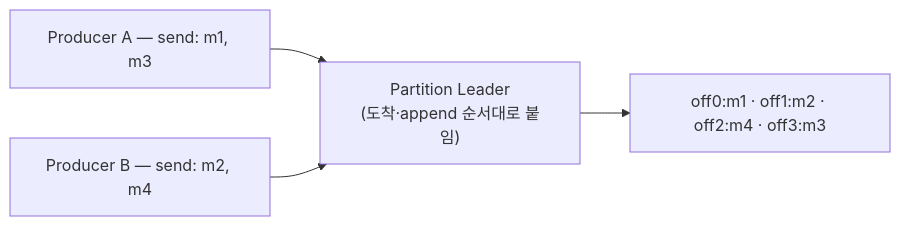
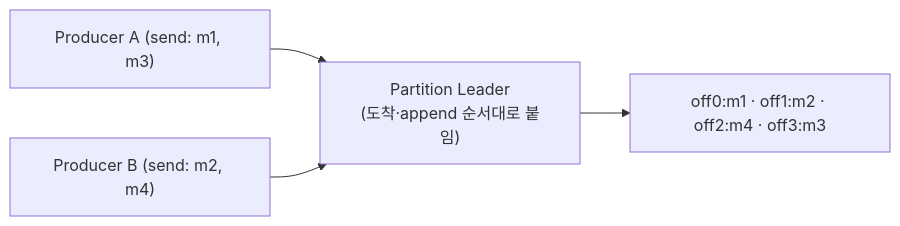
The first of 2 diagrams in docs/book/1-internals/06-ordering-atomicity.md (ghtjr410/kafka-lab), drawn with Mermaid before and after one commit. The commit also changed other lines of this file and 25 other files, not shown here.

````diff
--- a/docs/book/1-internals/06-ordering-atomicity.md
+++ b/docs/book/1-internals/06-ordering-atomicity.md
@@ -39,6 +39,6 @@
 ```mermaid
 graph LR
-    PA["Producer A — send: m1, m3"] --> L
-    PB["Producer B — send: m2, m4"] --> L
+    PA["Producer A (send: m1, m3)"] --> L
+    PB["Producer B (send: m2, m4)"] --> L
     L["Partition Leader<br/>(도착·append 순서대로 붙임)"] --> LOG["off0:m1 · off1:m2 · off2:m4 · off3:m3"]
 ```
````
